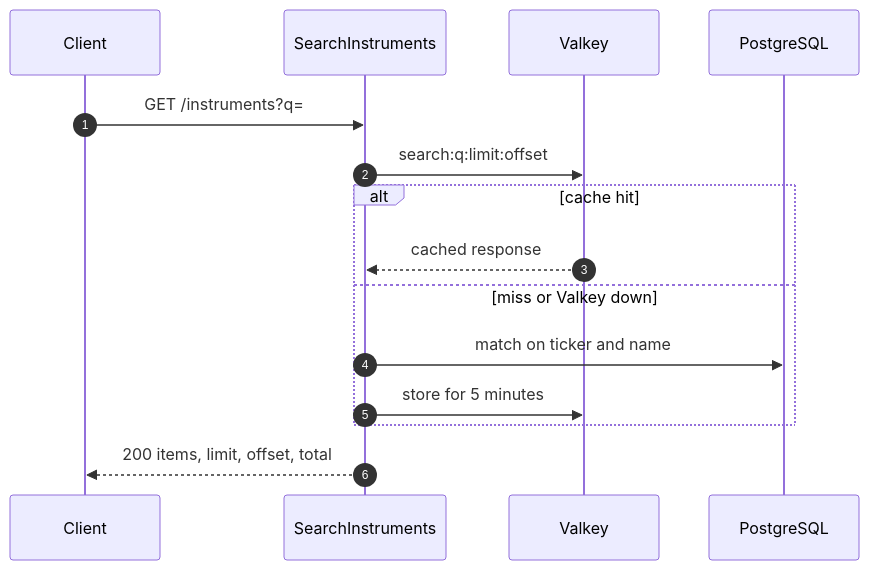
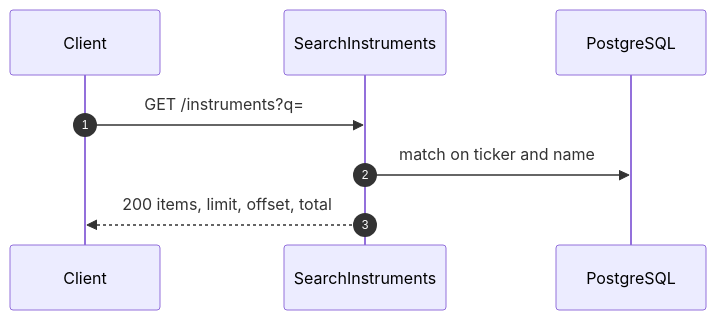
One commit to Samuel0023/cocos-challenge changed the fifth of 6 diagrams in docs/flows.md. Above: the diagram before and after it, drawn with Mermaid. The commit also changed other lines of this file and 13 other files, not shown here.

````diff
--- a/docs/flows.md
+++ b/docs/flows.md
@@ -122,17 +118,10 @@
 ```mermaid
 sequenceDiagram
   autonumber
   participant C as Client
   participant UC as SearchInstruments
-  participant VK as Valkey
   participant PG as PostgreSQL
   C->>UC: GET /instruments?q=
-  UC->>VK: search:q:limit:offset
-  alt cache hit
-    VK-->>UC: cached response
-  else miss or Valkey down
-    UC->>PG: match on ticker and name
-    UC->>VK: store for 5 minutes
-  end
+  UC->>PG: match on ticker and name
   UC-->>C: 200 items, limit, offset, total
 ```
````
